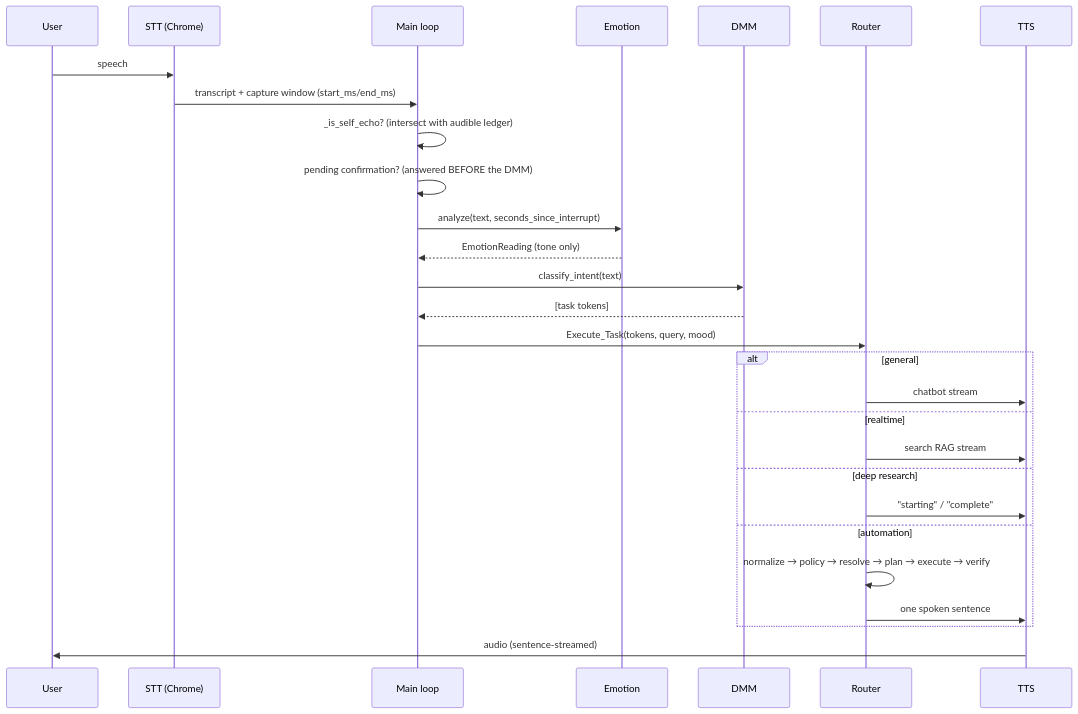
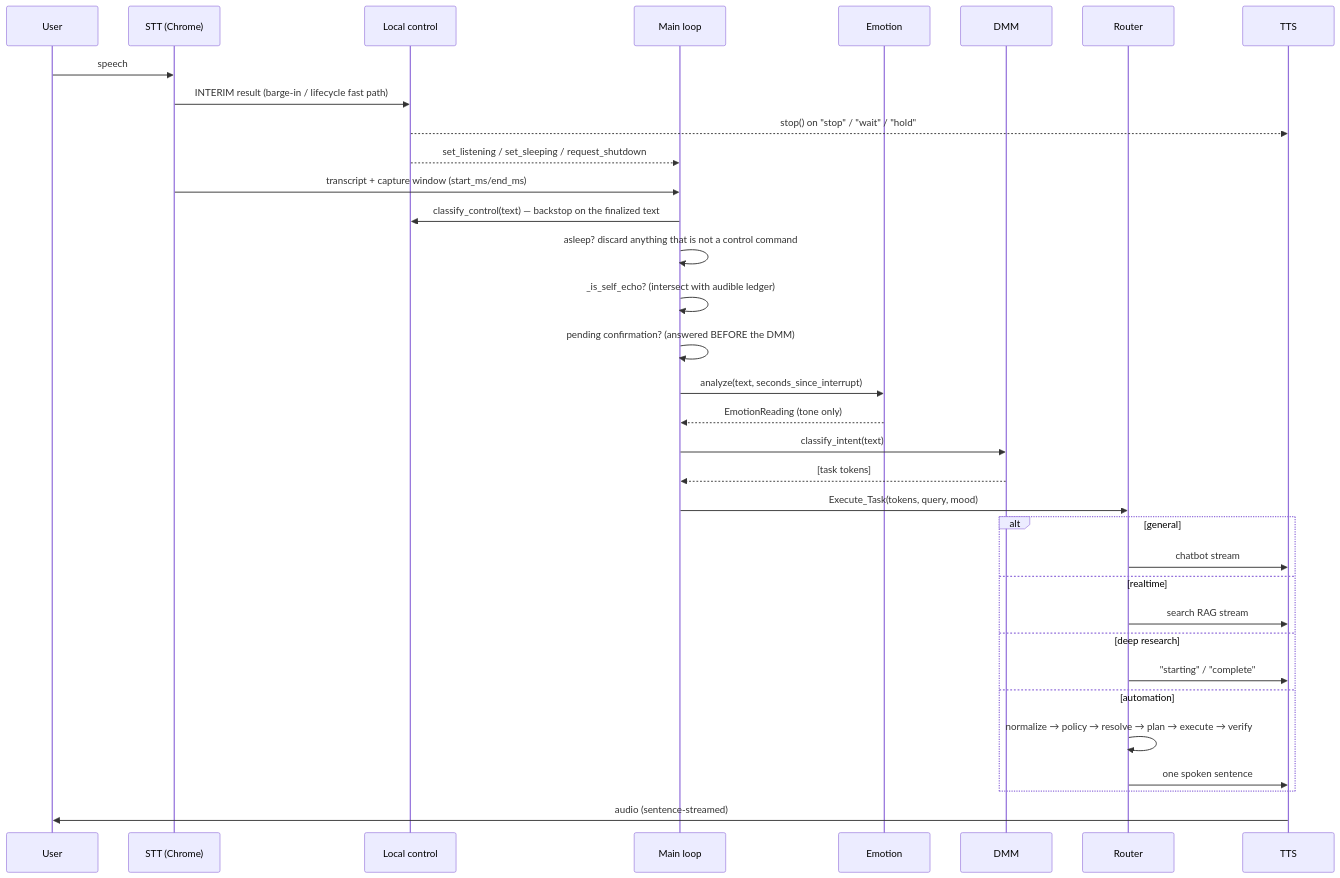
The second of 10 diagrams in docs/KAYRA_SYSTEM_ARCHITECTURE.md (lucifer046/project-kayra), drawn with Mermaid before and after one commit. The commit also changed other lines of this file and 49 other files, not shown here.

````diff
--- a/docs/KAYRA_SYSTEM_ARCHITECTURE.md
+++ b/docs/KAYRA_SYSTEM_ARCHITECTURE.md
@@ -204,31 +205,37 @@
 ```mermaid
 sequenceDiagram
     participant U as User
     participant S as STT (Chrome)
+    participant C as Local control
     participant M as Main loop
     participant E as Emotion
     participant D as DMM
     participant R as Router
     participant T as TTS
 
     U->>S: speech
+    S->>C: INTERIM result (barge-in / lifecycle fast path)
+    C-->>T: stop() on "stop" / "wait" / "hold"
+    C-->>M: set_listening / set_sleeping / request_shutdown
     S->>M: transcript + capture window (start_ms/end_ms)
+    M->>C: classify_control(text) — backstop on the finalized text
+    M->>M: asleep? discard anything that is not a control command
     M->>M: _is_self_echo? (intersect with audible ledger)
     M->>M: pending confirmation? (answered BEFORE the DMM)
     M->>E: analyze(text, seconds_since_interrupt)
     E-->>M: EmotionReading (tone only)
     M->>D: classify_intent(text)
     D-->>M: [task tokens]
     M->>R: Execute_Task(tokens, query, mood)
     alt general
         R->>T: chatbot stream
     else realtime
         R->>T: search RAG stream
     else deep research
         R->>T: "starting" / "complete"
     else automation
         R->>R: normalize → policy → resolve → plan → execute → verify
         R->>T: one spoken sentence
     end
     T->>U: audio (sentence-streamed)
 ```
````
